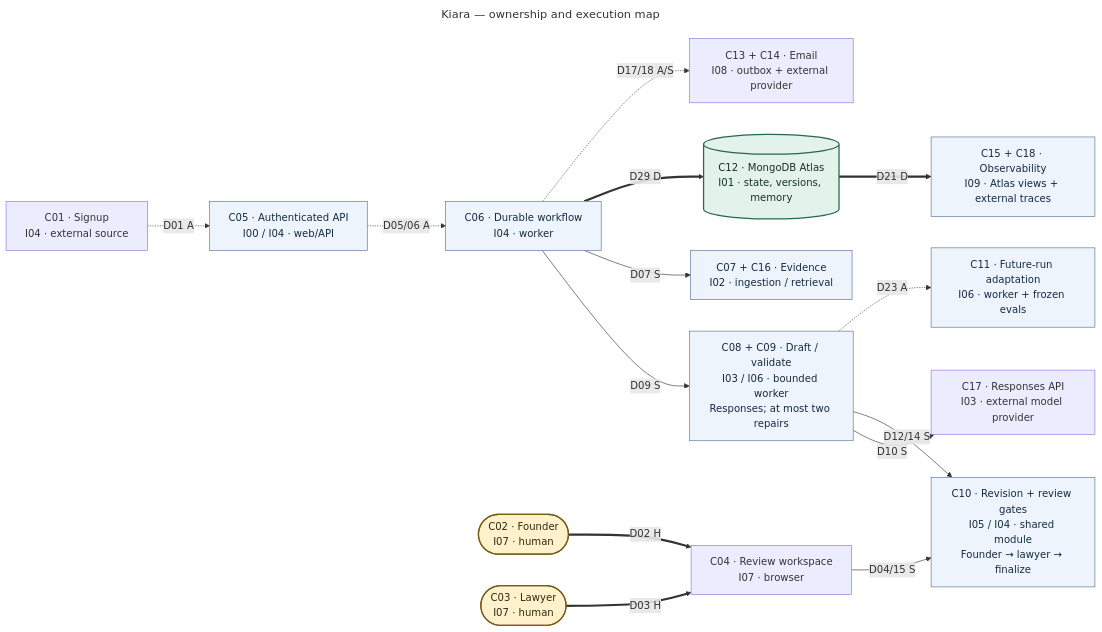
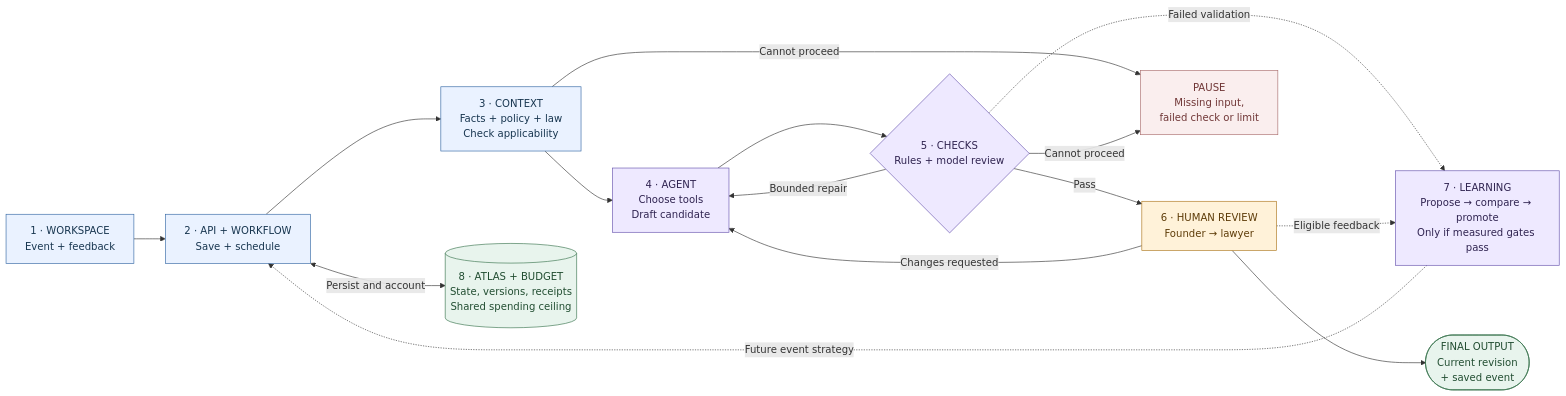
One commit to AayushDani/kiara changed the diagram in kiara-architecture/diagrams/01-system-overview.mmd. Above: the diagram before and after it, drawn with Mermaid. The commit also changed 61 other files, not shown here.

Commit message:
Document deployed architecture with layered diagrams and implementation boundaries

```diff
--- a/kiara-architecture/diagrams/01-system-overview.mmd
+++ b/kiara-architecture/diagrams/01-system-overview.mmd
@@ -1,40 +1,32 @@
----
-title: Kiara — ownership and execution map
----
-%% S = synchronous call; A = durable async event/job; D = data read/write; H = human decision.
-%% Web/API and worker are deployment processes; C10 is a shared code module, not another service.
-%% C07/C16 and C13/C14 are grouped only on this overview; registry preserves each contract.
+%% Current implementation at 74823e4. See README.md for all eight layers.
 flowchart LR
-  C01["C01 · Signup<br/>I04 · external source"]
-  C05["C05 · Authenticated API<br/>I00 / I04 · web/API"]
-  C06["C06 · Durable workflow<br/>I04 · worker"]
-  C08["C08 + C09 · Draft / validate<br/>I03 / I06 · bounded worker<br/>Responses; at most two repairs"]
-  C10["C10 · Revision + review gates<br/>I05 / I04 · shared module<br/>Founder → lawyer → finalize"]
-  C02(["C02 · Founder<br/>I07 · human"])
-  C03(["C03 · Lawyer<br/>I07 · human"])
-  C04["C04 · Review workspace<br/>I07 · browser"]
-  C07["C07 + C16 · Evidence<br/>I02 · ingestion / retrieval"]
-  C11["C11 · Future-run adaptation<br/>I06 · worker + frozen evals"]
-  C12[("C12 · MongoDB Atlas<br/>I01 · state, versions, memory")]
-  C13["C13 + C14 · Email<br/>I08 · outbox + external provider"]
-  C17["C17 · Responses API<br/>I03 · external model provider"]
-  C15["C15 + C18 · Observability<br/>I09 · Atlas views + external traces"]
-  C01 -.->|"D01 A"| C05
-  C05 -.->|"D05/06 A"| C06
-  C06 -->|"D09 S"| C08
-  C08 -->|"D10 S"| C17
-  C08 -->|"D12/14 S"| C10
-  C02 ==>|"D02 H"| C04
-  C03 ==>|"D03 H"| C04
-  C04 -->|"D04/15 S"| C10
-  C06 -->|"D07 S"| C07
-  C06 ==>|"D29 D"| C12
-  C08 -.->|"D23 A"| C11
-  C06 -.->|"D17/18 A/S"| C13
-  C12 ==>|"D21 D"| C15
-  classDef human fill:#fff1cc,stroke:#755c17,stroke-width:2px,color:#30290c;
-  classDef data fill:#e3f2ea,stroke:#256b49,stroke-width:2px,color:#143424;
-  classDef module fill:#eef4fb,stroke:#527398,color:#142a43;
-  class C02,C03 human;
-  class C12 data;
-  class C05,C06,C08,C09,C10,C07,C11,C15 module;
+  U["1 · WORKSPACE<br/>Event + feedback"]
+  W["2 · API + WORKFLOW<br/>Save + schedule"]
+  C["3 · CONTEXT<br/>Facts + policy + law<br/>Check applicability"]
+  A["4 · AGENT<br/>Choose tools<br/>Draft candidate"]
+  V{"5 · CHECKS<br/>Rules + model review"}
+  H["6 · HUMAN REVIEW<br/>Founder → lawyer"]
+  O(["FINAL OUTPUT<br/>Current revision<br/>+ saved event"])
+  P["PAUSE<br/>Missing input,<br/>failed check or limit"]
+  L["7 · LEARNING<br/>Propose → compare → promote<br/>Only if measured gates pass"]
+  D[("8 · ATLAS + BUDGET<br/>State, versions, receipts<br/>Shared spending ceiling")]
+  U --> W --> C --> A --> V
+  V -->|"Pass"| H --> O
+  V -->|"Bounded repair"| A
+  C -->|"Cannot proceed"| P
+  V -->|"Cannot proceed"| P
+  H -->|"Changes requested"| A
+  V -.->|"Failed validation"| L
+  H -.->|"Eligible feedback"| L
+  L -.->|"Future event strategy"| W
+  W <-->|"Persist and account"| D
+  classDef entry fill:#eaf2ff,stroke:#3266a3,color:#183650;
+  classDef agent fill:#eee9ff,stroke:#6551ad,color:#302451;
+  classDef human fill:#fff2d9,stroke:#ac751c,color:#5e3c09;
+  classDef store fill:#e8f4ed,stroke:#39744d,color:#214d31;
+  classDef pause fill:#faeeee,stroke:#a96c6c,color:#703636;
+  class U,W,C entry;
+  class A,V,L agent;
+  class H human;
+  class D,O store;
+  class P pause;
```
